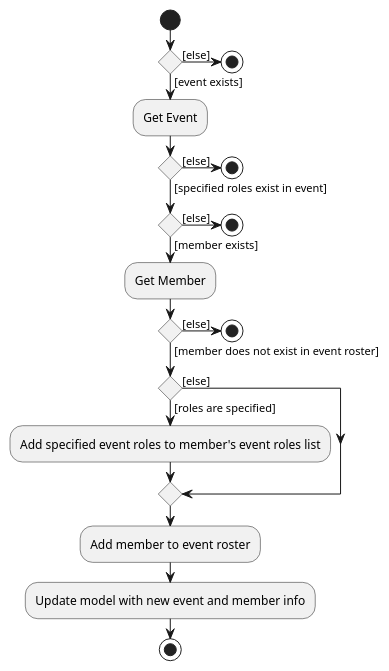
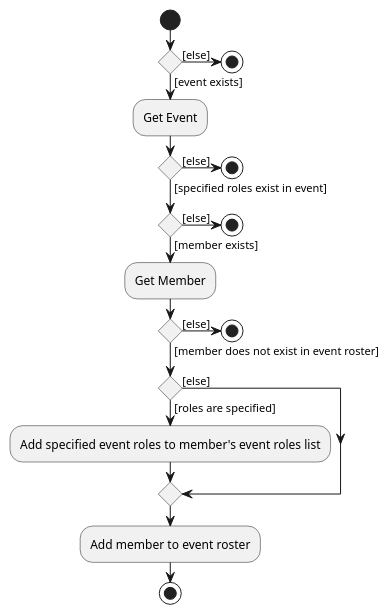
Before and after one commit to rongkangw/tp: the diagram in docs/diagrams/AssignEventActivityDiagram.puml, drawn with PlantUML. The commit also changed 1 other file, not shown here.

```diff
--- a/docs/diagrams/AssignEventActivityDiagram.puml
+++ b/docs/diagrams/AssignEventActivityDiagram.puml
@@ -1,44 +1,43 @@
 @startuml
 |AssignEventCommand|
 start
 if () then ([event exists])
   :Get Event;
 
 else ([else])
   stop
 
 endif
 
   if () then ([specified roles exist in event])
   else ([else])
     stop
   endif
 
 if () then ([member exists])
   :Get Member;
 else ([else])
   stop
 
 
 endif
 
 
 if () then ([else])
   stop
 else ([member does not exist in event roster])
 endif
 
 if () then ([else])
   else ([roles are specified])
   :Add specified event roles to member's event roles list;
 
 endif
 
 :Add member to event roster;
-:Update model with new event and member info;
 
 stop
 
 
 
 @enduml
```
